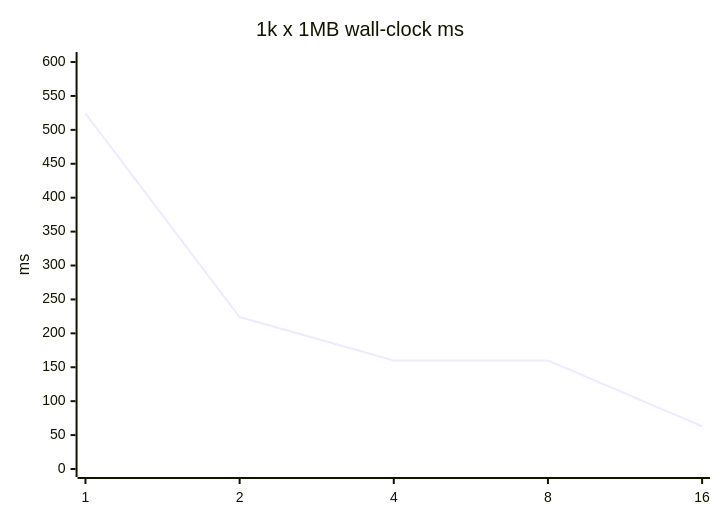
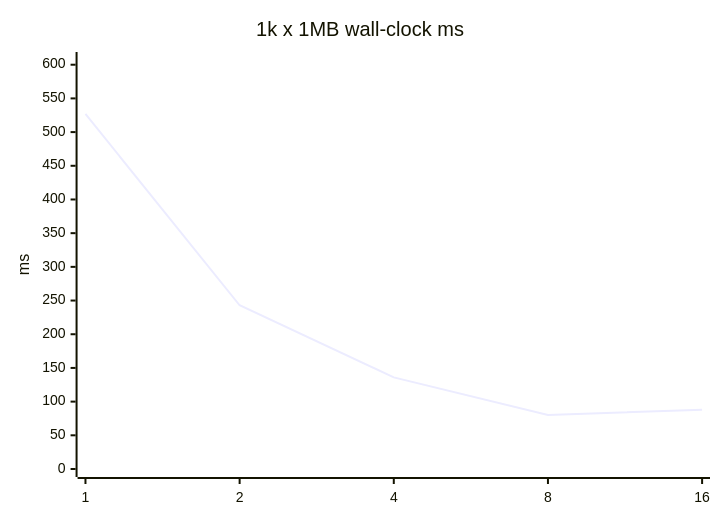
The third of 3 diagrams in reports/safe-tree-delete-parallelism-benchmark-20260819/REPORT.md (Baker4real/unified-env), drawn with Mermaid before and after one commit. The commit also changed other lines of this file and 1191 other files, not shown here.

````diff
--- a/reports/safe-tree-delete-parallelism-benchmark-20260819/REPORT.md
+++ b/reports/safe-tree-delete-parallelism-benchmark-20260819/REPORT.md
@@ -79,7 +79,7 @@
 ```mermaid
 xychart-beta
     title "1k x 1MB wall-clock ms"
     x-axis [1, 2, 4, 8, 16]
-    y-axis "ms" 0 --> 603
-    line [524, 224, 160, 160, 63]
+    y-axis "ms" 0 --> 607
+    line [527, 243, 136, 80, 88]
 ```
````
